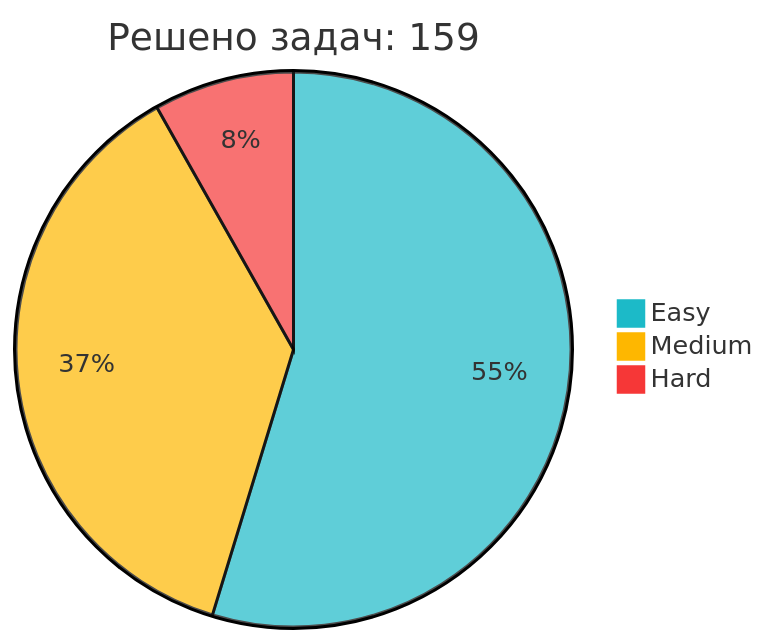
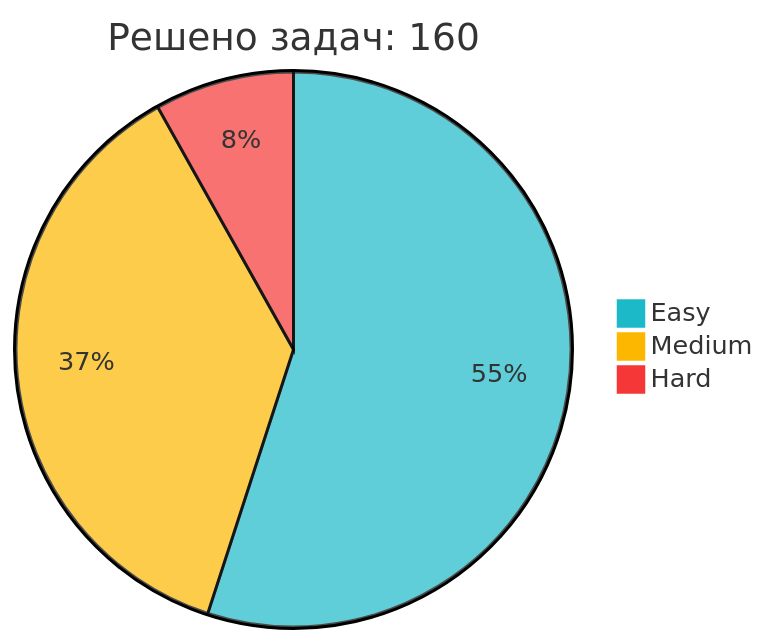
The diagram in README.md (IliaKurdukov/IliaKurdukov), drawn with Mermaid before and after one commit. The commit also changed other lines of this file, not shown here.

Commit message:
📈 Обновление статистики LeetCode

````diff
--- a/README.md
+++ b/README.md
@@ -51,7 +51,7 @@
 ```mermaid
 %%{init: {'theme': 'base', 'themeVariables': { 'pie1': '#1CBAC8', 'pie2': '#FEB700', 'pie3': '#F63737' }, 'config': {'width': 300, 'height': 200}}}%%
-pie title Решено задач: 159
-   "Easy" : 87
+pie title Решено задач: 160
+   "Easy" : 88
    "Medium" : 59
    "Hard" : 13
 ```
````
